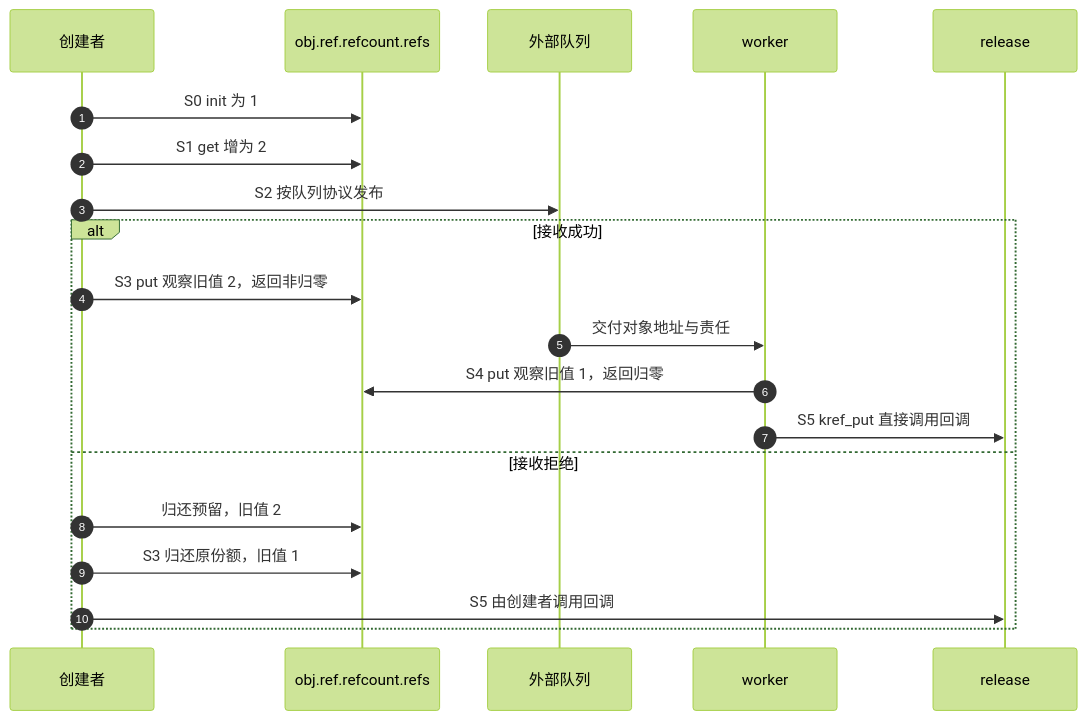
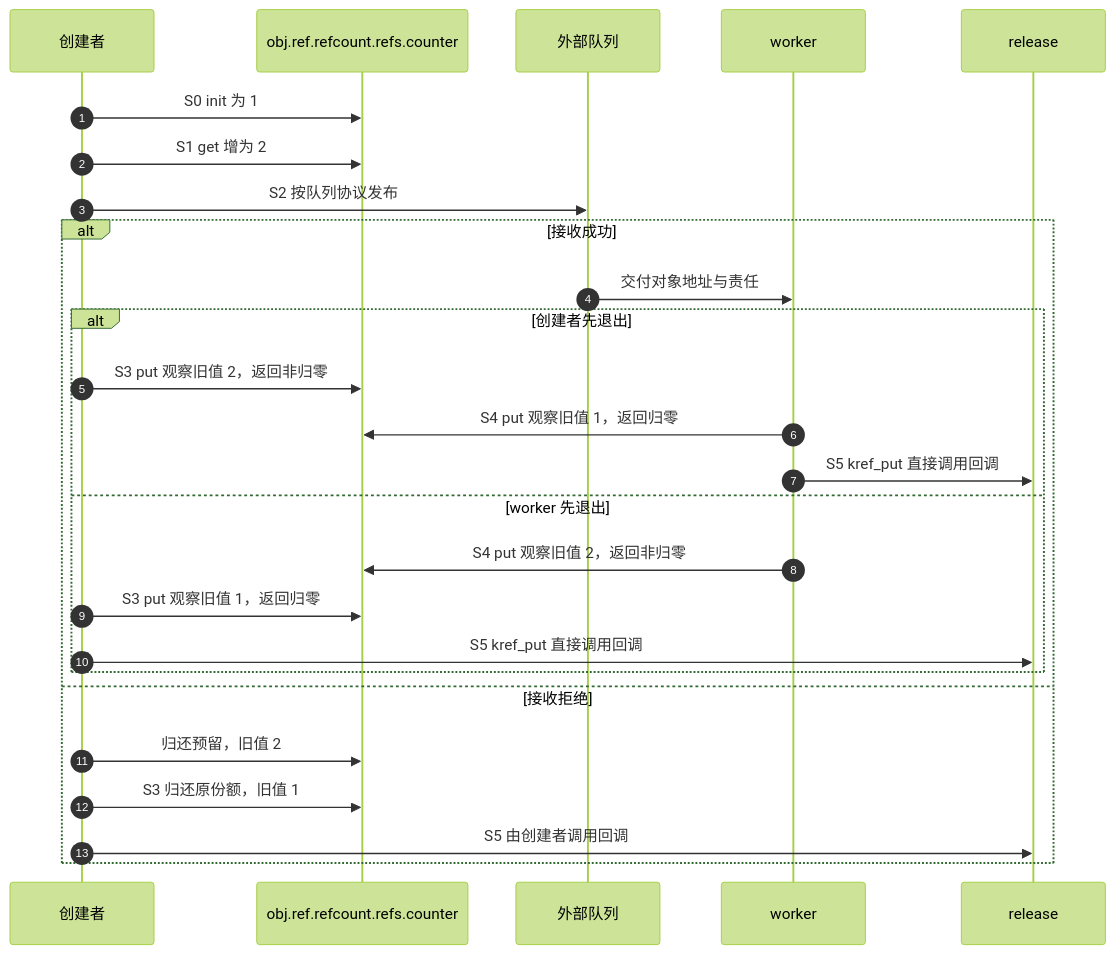
Before and after one commit to FormingSystem/linux_note: the second of 2 diagrams in research/source_reading/kref/navigation/P02_普通引用与归零回调导读.md, drawn with Mermaid (forest theme). The commit also changed other lines of this file, not shown here.

First line of the commit message:
docs(kref/navigation): 对齐普通引用阶段与最终回调执行者

````diff
--- a/research/source_reading/kref/navigation/P02_普通引用与归零回调导读.md
+++ b/research/source_reading/kref/navigation/P02_普通引用与归零回调导读.md
@@ -32,22 +54,28 @@
 ```mermaid
 sequenceDiagram
     autonumber
     participant C as 创建者
-    participant O as obj.ref.refcount.refs
+    participant O as obj.ref.refcount.refs.counter
     participant Q as 外部队列
     participant W as worker
     participant R as release
     C->>O: S0 init 为 1
     C->>O: S1 get 增为 2
     C->>Q: S2 按队列协议发布
     alt 接收成功
-        C->>O: S3 put 观察旧值 2，返回非归零
         Q->>W: 交付对象地址与责任
-        W->>O: S4 put 观察旧值 1，返回归零
-        W->>R: S5 kref_put 直接调用回调
+        alt 创建者先退出
+            C->>O: S3 put 观察旧值 2，返回非归零
+            W->>O: S4 put 观察旧值 1，返回归零
+            W->>R: S5 kref_put 直接调用回调
+        else worker 先退出
+            W->>O: S4 put 观察旧值 2，返回非归零
+            C->>O: S3 put 观察旧值 1，返回归零
+            C->>R: S5 kref_put 直接调用回调
+        end
     else 接收拒绝
         C->>O: 归还预留，旧值 2
         C->>O: S3 归还原份额，旧值 1
         C->>R: S5 由创建者调用回调
     end
 ```
````
